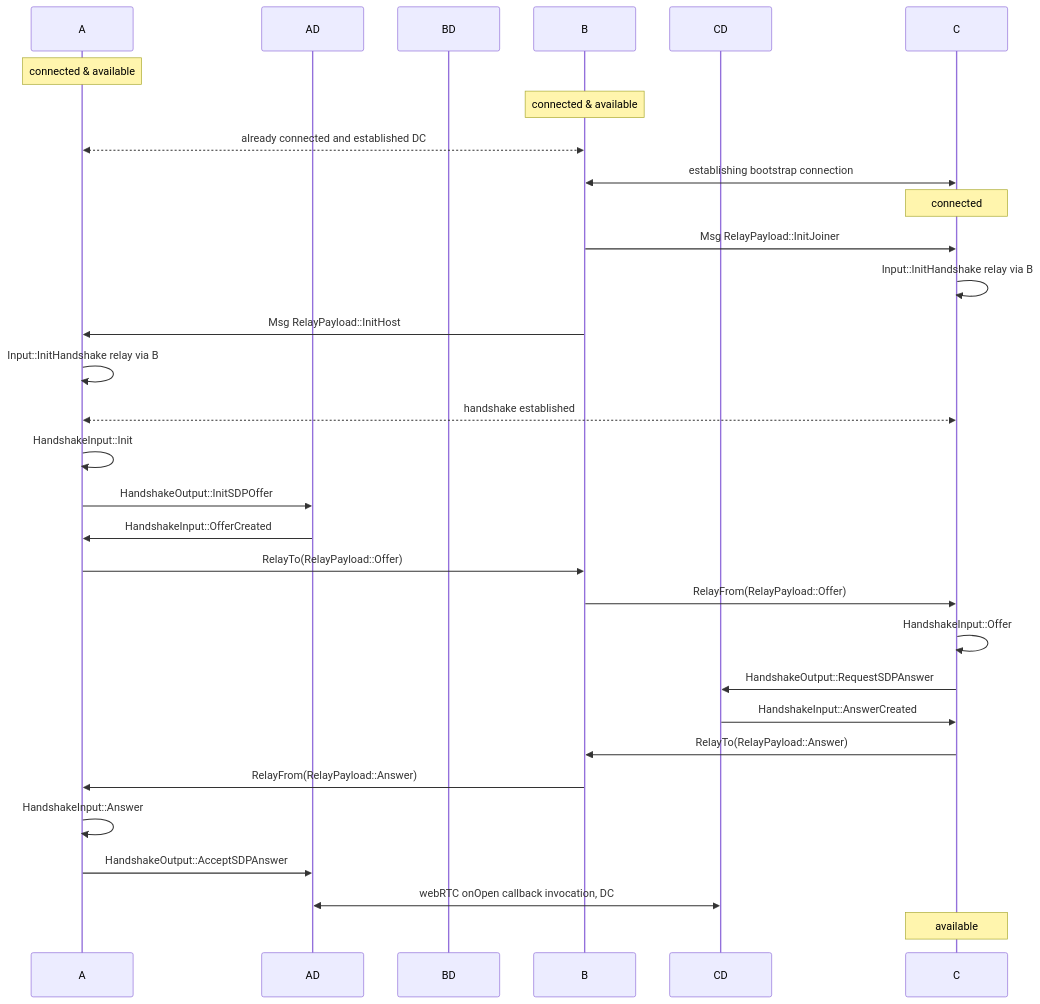
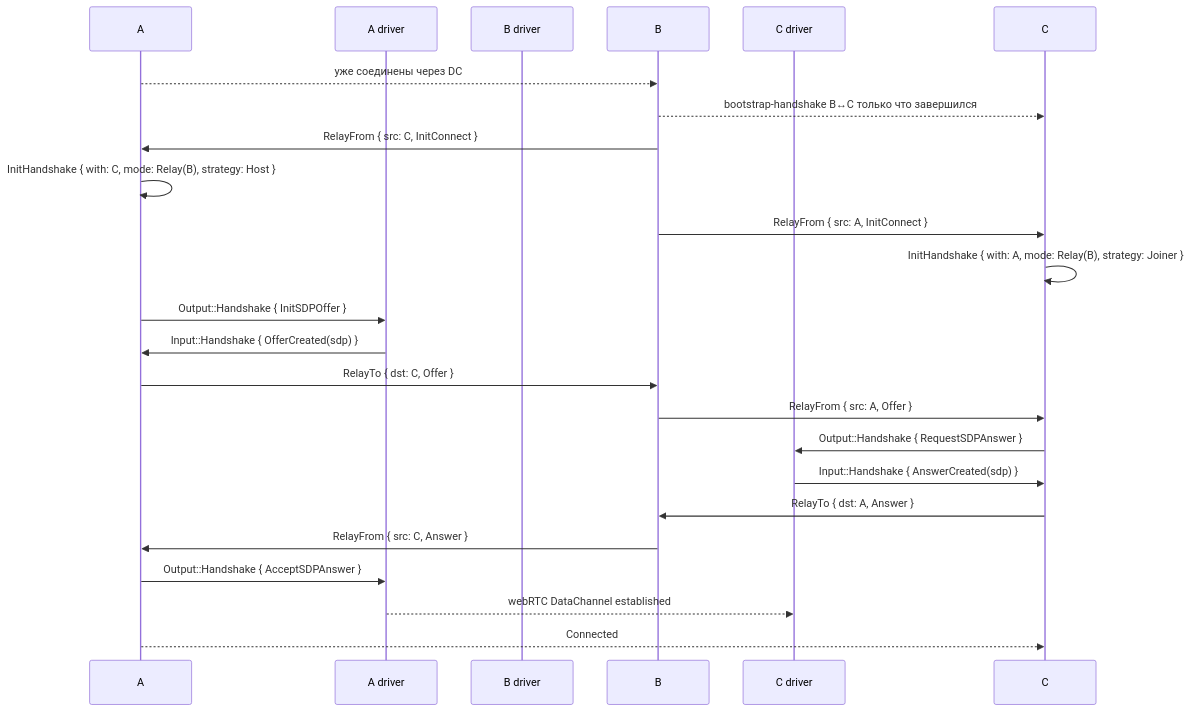
One commit to PixelQuasar/antenna changed the sixth of 6 diagrams in docs/protocol.md. Above: the diagram before and after it, drawn with Mermaid. The commit also changed other lines of this file and 1 other file, not shown here.

````diff
--- a/docs/protocol.md
+++ b/docs/protocol.md
@@ -317,40 +320,33 @@
 ```mermaid
 sequenceDiagram
     participant A
-    participant AD
-    participant BD
+    participant AD as A driver
+    participant BD as B driver
     participant B
-    participant CD
+    participant CD as C driver
     participant C
 
-    note over A: connected & available
-    note over B: connected & available
-    A <<-->> B: already connected and established DC
-    B <<->> C: establishing bootstrap connection
-    note over C: connected
+    A -->> B: уже соединены через DC
+    B -->> C: bootstrap-handshake B↔C только что завершился
 
-    B ->> C: Msg RelayPayload::InitJoiner
-    C ->> C: Input::InitHandshake relay via B
-    B ->> A: Msg RelayPayload::InitHost
-    A ->> A: Input::InitHandshake relay via B
-    A <<-->> C: handshake established
-    A ->> A: HandshakeInput::Init
-    A ->> AD: HandshakeOutput::InitSDPOffer
-    AD ->> A: HandshakeInput::OfferCreated
+    B ->> A: RelayFrom { src: C, InitConnect }
+    A ->> A: InitHandshake { with: C, mode: Relay(B), strategy: Host }
+    B ->> C: RelayFrom { src: A, InitConnect }
+    C ->> C: InitHandshake { with: A, mode: Relay(B), strategy: Joiner }
 
-    A ->> B: RelayTo(RelayPayload::Offer)
-    B ->> C: RelayFrom(RelayPayload::Offer)
+    A ->> AD: Output::Handshake { InitSDPOffer }
+    AD ->> A: Input::Handshake { OfferCreated(sdp) }
 
-    C ->> C: HandshakeInput::Offer
-    C ->> CD: HandshakeOutput::RequestSDPAnswer
-    CD ->> C: HandshakeInput::AnswerCreated
+    A ->> B: RelayTo { dst: C, Offer }
+    B ->> C: RelayFrom { src: A, Offer }
 
-    C ->> B: RelayTo(RelayPayload::Answer)
-    B ->> A: RelayFrom(RelayPayload::Answer)
+    C ->> CD: Output::Handshake { RequestSDPAnswer }
+    CD ->> C: Input::Handshake { AnswerCreated(sdp) }
 
-    A ->> A: HandshakeInput::Answer
-    A ->> AD: HandshakeOutput::AcceptSDPAnswer
-    AD <<->> CD: webRTC onOpen callback invocation, DC
+    C ->> B: RelayTo { dst: A, Answer }
+    B ->> A: RelayFrom { src: C, Answer }
 
-    note over C: available
+    A ->> AD: Output::Handshake { AcceptSDPAnswer }
+    AD -->> CD: webRTC DataChannel established
+    A -->> C: Connected
 ```
````
